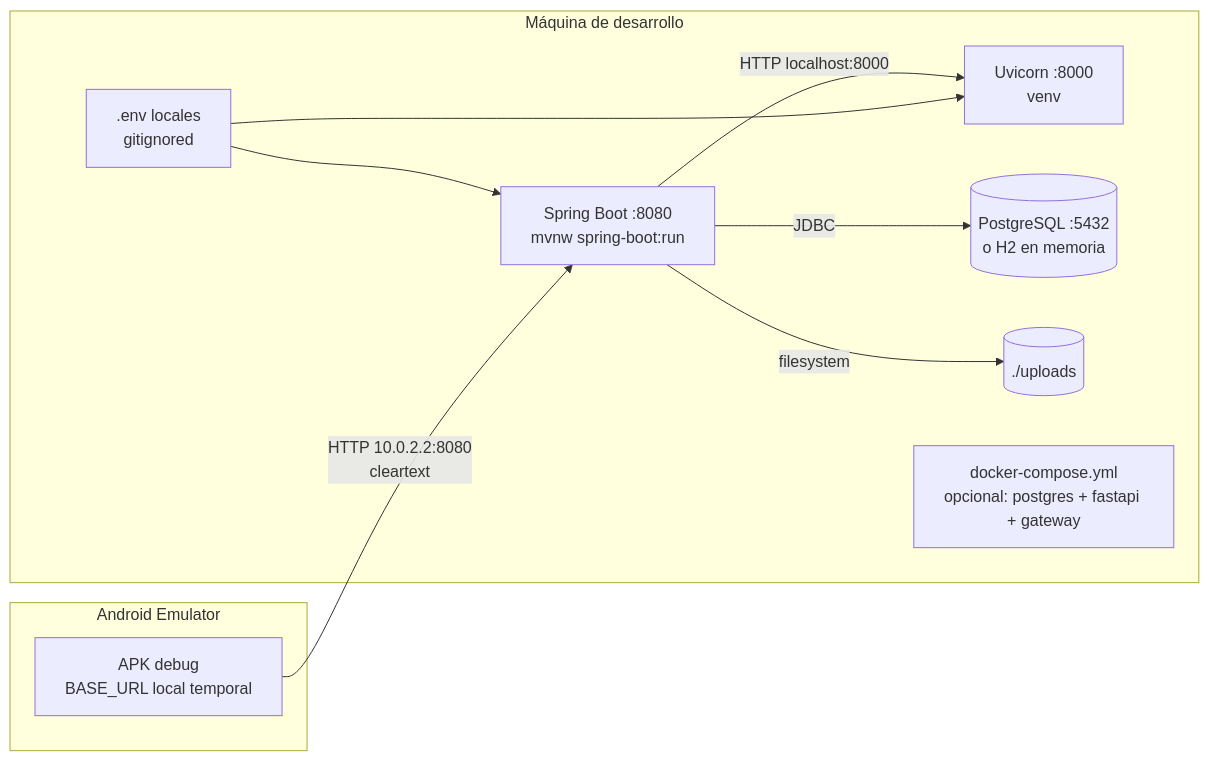
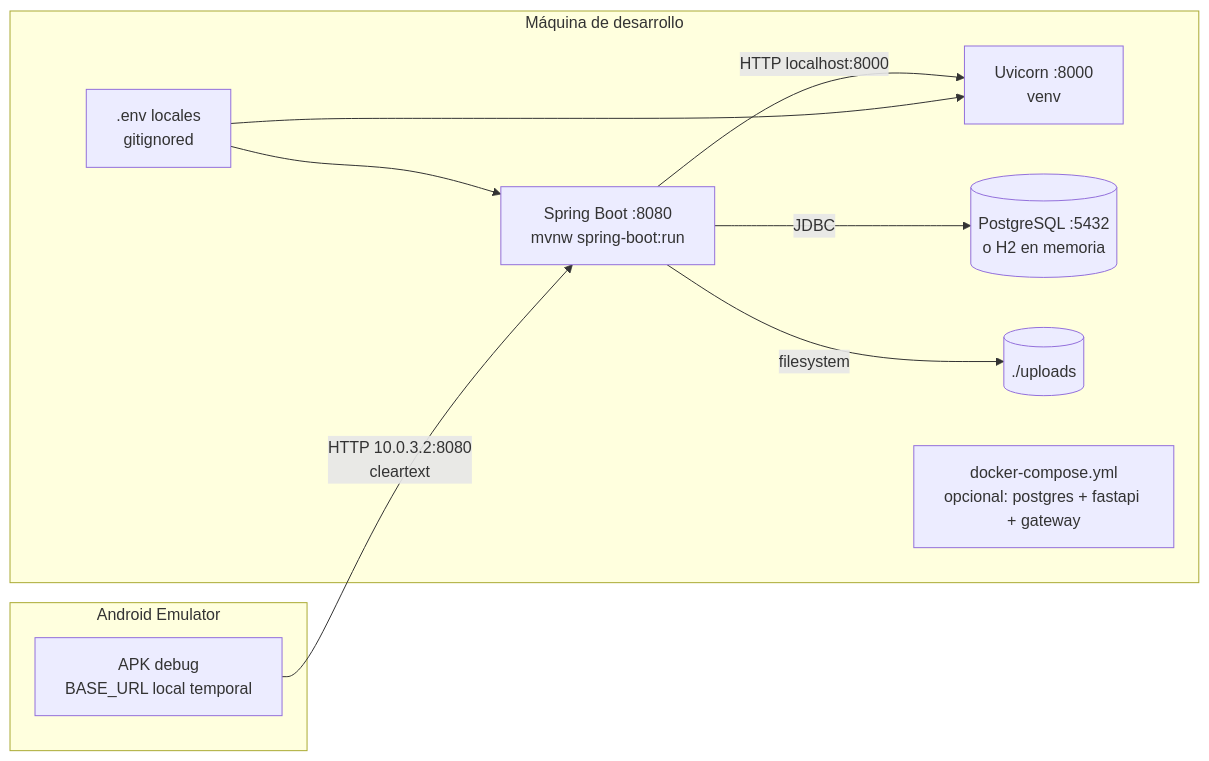
The second of 2 diagrams in docs/architecture/deployment-architecture.md (jagarell/AsistenteRedIDBI), drawn with Mermaid before and after one commit. The commit also changed other lines of this file and 12 other files, not shown here.

````diff
--- a/docs/architecture/deployment-architecture.md
+++ b/docs/architecture/deployment-architecture.md
@@ -45,22 +45,22 @@
 ```mermaid
 flowchart LR
     subgraph EMU[Android Emulator]
         APKD[APK debug<br/>BASE_URL local temporal]
     end
 
     subgraph MAC[Máquina de desarrollo]
         JAVA[Spring Boot :8080<br/>mvnw spring-boot:run]
         PY[Uvicorn :8000<br/>venv]
         DB[(PostgreSQL :5432<br/>o H2 en memoria)]
         DISK[(./uploads)]
         ENV[.env locales<br/>gitignored]
         COMPOSE[docker-compose.yml<br/>opcional: postgres + fastapi + gateway]
         JAVA -->|HTTP localhost:8000| PY
         JAVA -->|JDBC| DB
         JAVA -->|filesystem| DISK
         ENV --> JAVA
         ENV --> PY
     end
 
-    APKD -->|HTTP 10.0.2.2:8080<br/>cleartext| JAVA
+    APKD -->|HTTP 10.0.3.2:8080<br/>cleartext| JAVA
 ```
````
